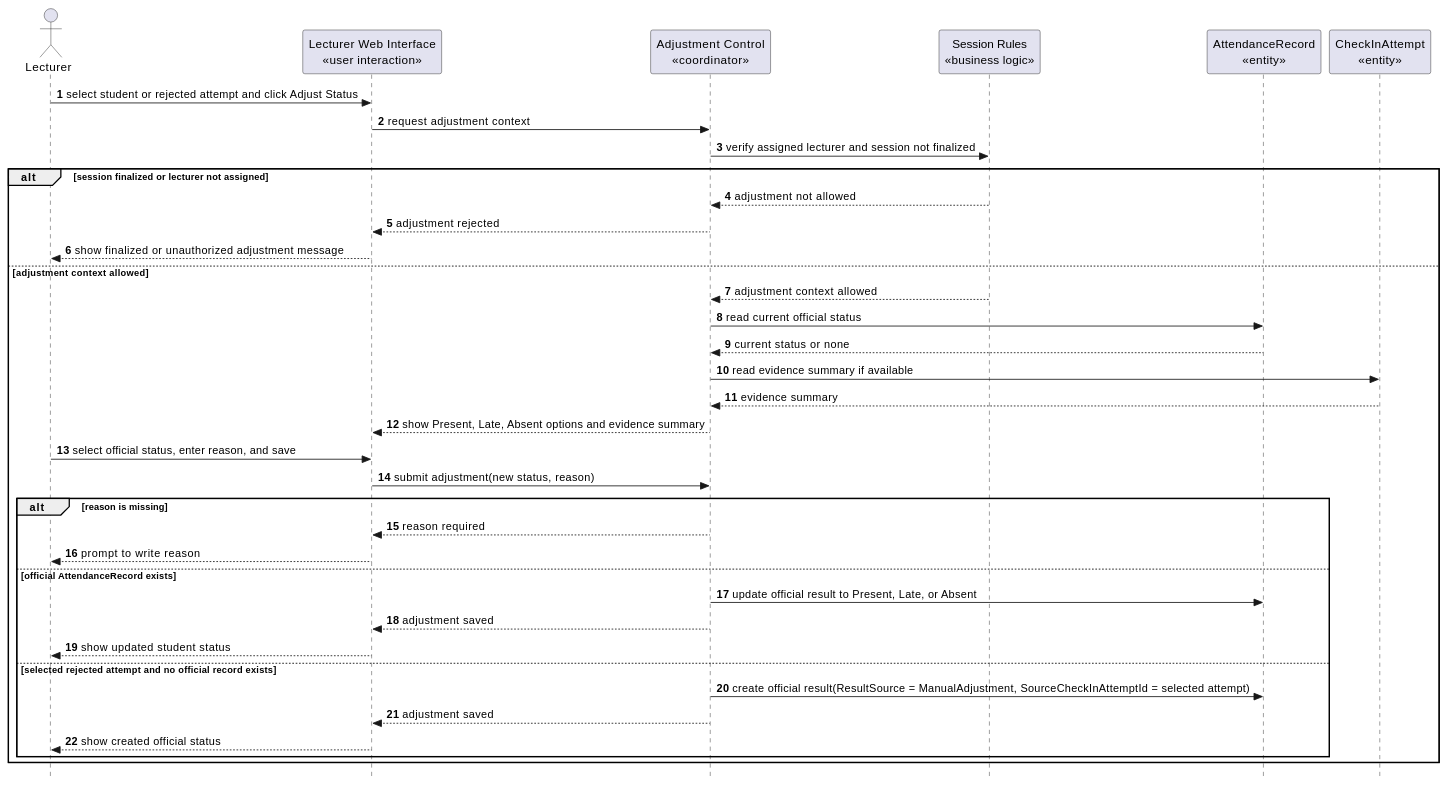
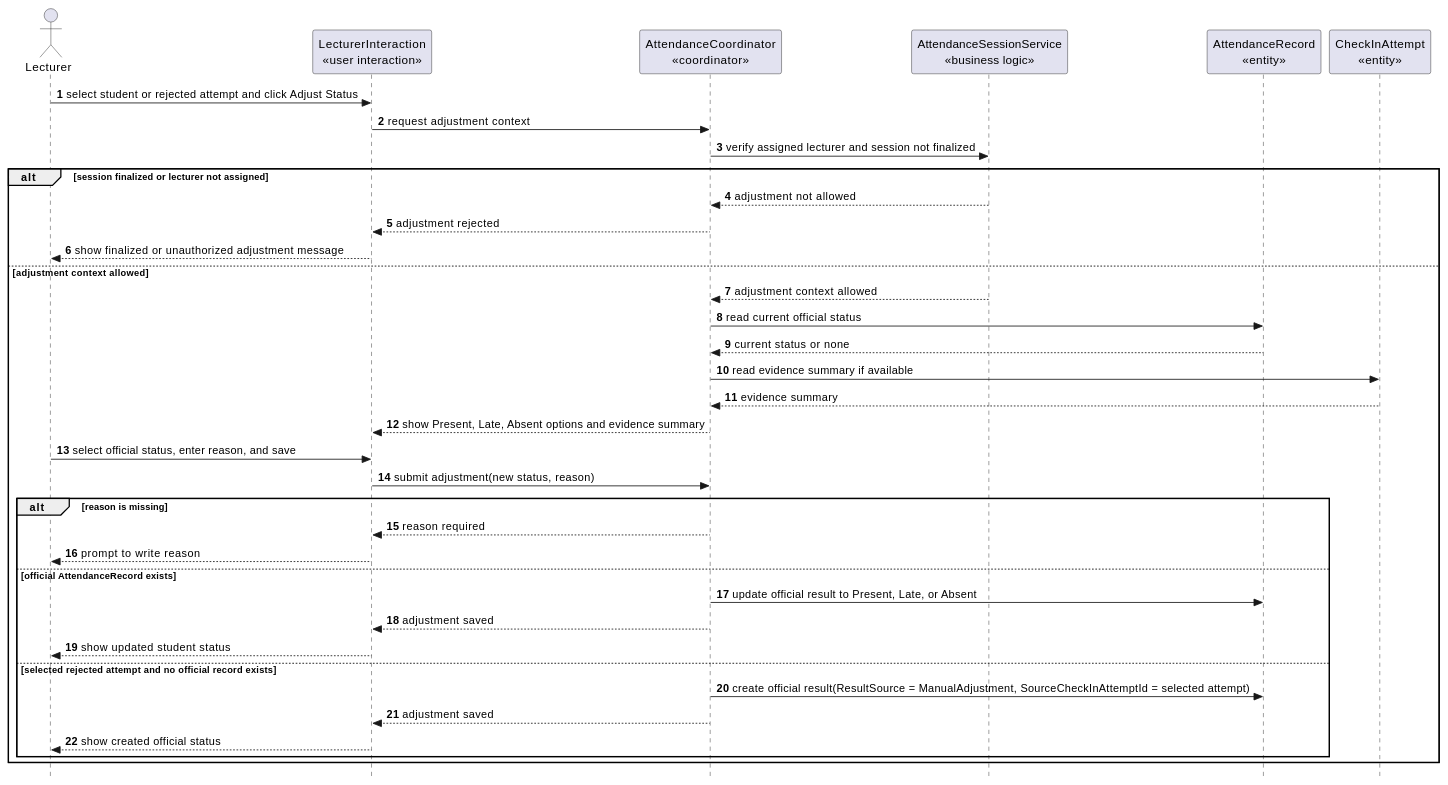
Diagram 19 of 29 in docs/sds/2_Analysis.md (nttung42/SWD392), drawn with PlantUML before and after one commit. The commit also changed other lines of this file and 5 other files, not shown here.

````diff
--- a/docs/sds/2_Analysis.md
+++ b/docs/sds/2_Analysis.md
@@ -1013,44 +992,44 @@
 ```plantuml
 @startuml
 skinparam style strictuml
 autonumber
 actor "Lecturer" as Lecturer
-participant "Lecturer Web Interface\n«user interaction»" as LecturerUI
-participant "Adjustment Control\n«coordinator»" as AdjustmentControl
-participant "Session Rules\n«business logic»" as SessionRules
+participant "LecturerInteraction\n«user interaction»" as LecturerUI
+participant "AttendanceCoordinator\n«coordinator»" as AdjustmentControl
+participant "AttendanceSessionService\n«business logic»" as SessionRules
 participant "AttendanceRecord\n«entity»" as AttendanceRecord
 participant "CheckInAttempt\n«entity»" as CheckInAttempt
 
 Lecturer -> LecturerUI : select student or rejected attempt and click Adjust Status
 LecturerUI -> AdjustmentControl : request adjustment context
 AdjustmentControl -> SessionRules : verify assigned lecturer and session not finalized
 
 alt session finalized or lecturer not assigned
   SessionRules --> AdjustmentControl : adjustment not allowed
   AdjustmentControl --> LecturerUI : adjustment rejected
   LecturerUI --> Lecturer : show finalized or unauthorized adjustment message
 else adjustment context allowed
   SessionRules --> AdjustmentControl : adjustment context allowed
   AdjustmentControl -> AttendanceRecord : read current official status
   AttendanceRecord --> AdjustmentControl : current status or none
   AdjustmentControl -> CheckInAttempt : read evidence summary if available
   CheckInAttempt --> AdjustmentControl : evidence summary
   AdjustmentControl --> LecturerUI : show Present, Late, Absent options and evidence summary
   Lecturer -> LecturerUI : select official status, enter reason, and save
   LecturerUI -> AdjustmentControl : submit adjustment(new status, reason)
 
   alt reason is missing
     AdjustmentControl --> LecturerUI : reason required
     LecturerUI --> Lecturer : prompt to write reason
   else official AttendanceRecord exists
     AdjustmentControl -> AttendanceRecord : update official result to Present, Late, or Absent
     AdjustmentControl --> LecturerUI : adjustment saved
     LecturerUI --> Lecturer : show updated student status
   else selected rejected attempt and no official record exists
     AdjustmentControl -> AttendanceRecord : create official result(ResultSource = ManualAdjustment, SourceCheckInAttemptId = selected attempt)
     AdjustmentControl --> LecturerUI : adjustment saved
     LecturerUI --> Lecturer : show created official status
   end
 end
 @enduml
 ```
````
